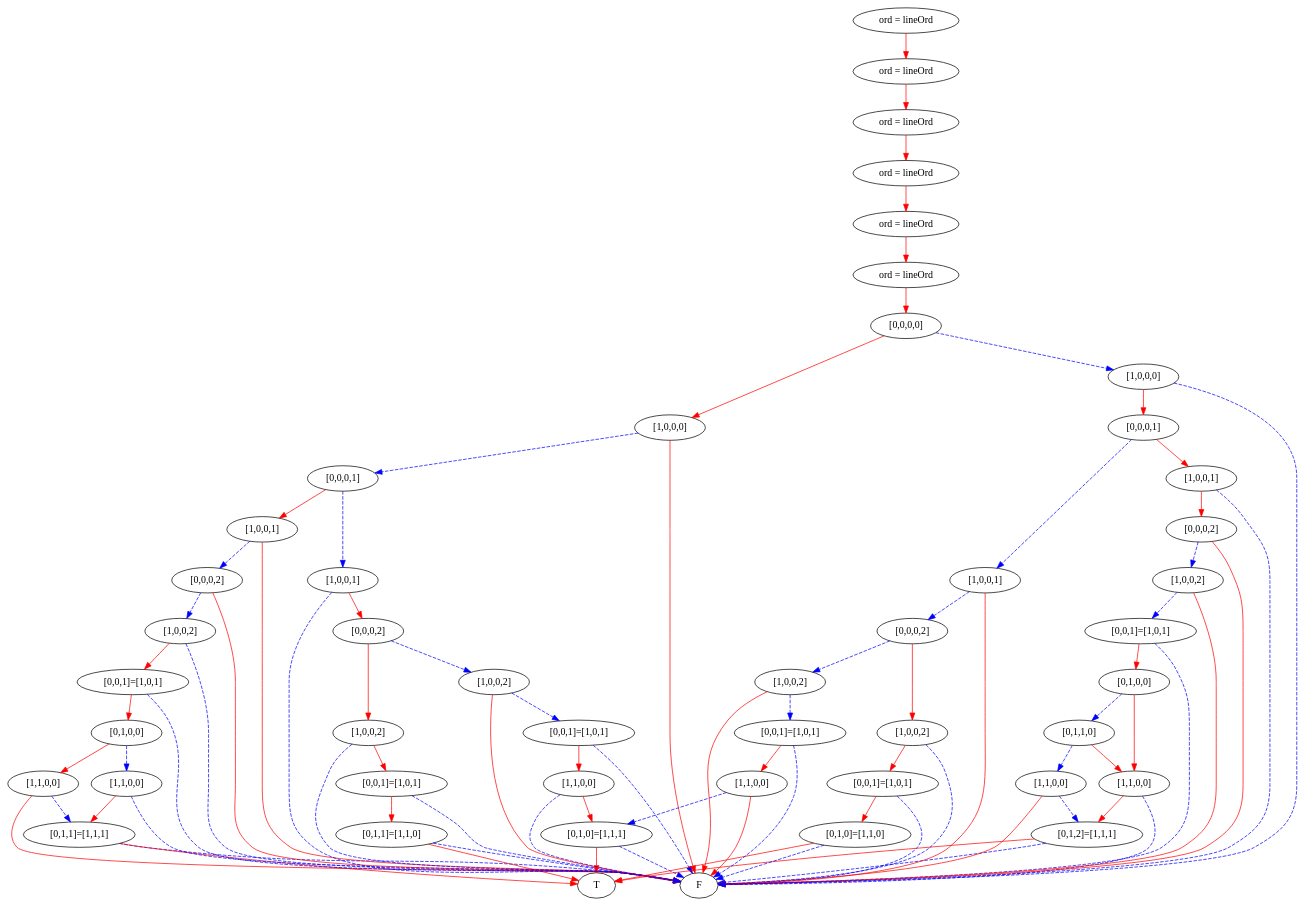
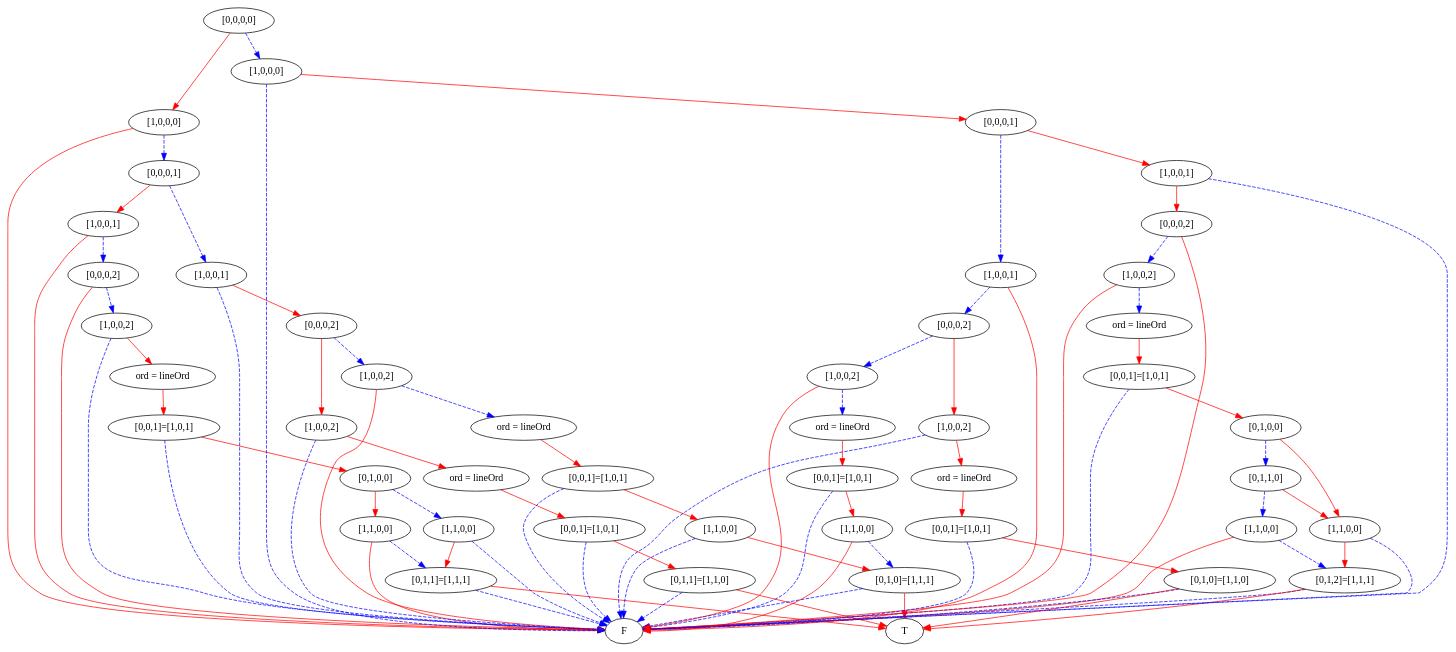
One commit to mburyakov/minxmod changed the diagram in simpleProgram1.dot. Above: the diagram before and after it, drawn with Graphviz. The commit also changed 4 other files, not shown here.

```diff
--- a/simpleProgram1.dot
+++ b/simpleProgram1.dot
@@ -1,172 +1,172 @@
 digraph {
     1 [label=F];
     2 [label=T];
     3 [label="[0,1,1]=[1,1,1]"];
     4 [label="[1,1,0,0]"];
     5 [label="[1,1,0,0]"];
     6 [label="[0,1,0,0]"];
     7 [label="[0,0,1]=[1,0,1]"];
-    8 [label="[1,0,0,2]"];
-    9 [label="[0,0,0,2]"];
-    10 [label="[1,0,0,1]"];
-    11 [label="[0,1,1]=[1,1,0]"];
-    12 [label="[0,0,1]=[1,0,1]"];
-    13 [label="[1,0,0,2]"];
-    14 [label="[0,1,0]=[1,1,1]"];
-    15 [label="[1,1,0,0]"];
-    16 [label="[0,0,1]=[1,0,1]"];
-    17 [label="[1,0,0,2]"];
-    18 [label="[0,0,0,2]"];
-    19 [label="[1,0,0,1]"];
-    20 [label="[0,0,0,1]"];
-    21 [label="[1,0,0,0]"];
-    22 [label="[0,1,2]=[1,1,1]"];
-    23 [label="[1,1,0,0]"];
-    24 [label="[1,1,0,0]"];
-    25 [label="[0,1,1,0]"];
-    26 [label="[0,1,0,0]"];
-    27 [label="[0,0,1]=[1,0,1]"];
-    28 [label="[1,0,0,2]"];
-    29 [label="[0,0,0,2]"];
-    30 [label="[1,0,0,1]"];
-    31 [label="[0,1,0]=[1,1,0]"];
-    32 [label="[0,0,1]=[1,0,1]"];
-    33 [label="[1,0,0,2]"];
-    34 [label="[1,1,0,0]"];
-    35 [label="[0,0,1]=[1,0,1]"];
-    36 [label="[1,0,0,2]"];
-    37 [label="[0,0,0,2]"];
-    38 [label="[1,0,0,1]"];
-    39 [label="[0,0,0,1]"];
-    40 [label="[1,0,0,0]"];
-    41 [label="[0,0,0,0]"];
-    42 [label="ord = lineOrd"];
-    43 [label="ord = lineOrd"];
-    44 [label="ord = lineOrd"];
-    45 [label="ord = lineOrd"];
-    46 [label="ord = lineOrd"];
-    47 [label="ord = lineOrd"];
+    8 [label="ord = lineOrd"];
+    9 [label="[1,0,0,2]"];
+    10 [label="[0,0,0,2]"];
+    11 [label="[1,0,0,1]"];
+    12 [label="[0,1,1]=[1,1,0]"];
+    13 [label="[0,0,1]=[1,0,1]"];
+    14 [label="ord = lineOrd"];
+    15 [label="[1,0,0,2]"];
+    16 [label="[0,1,0]=[1,1,1]"];
+    17 [label="[1,1,0,0]"];
+    18 [label="[0,0,1]=[1,0,1]"];
+    19 [label="ord = lineOrd"];
+    20 [label="[1,0,0,2]"];
+    21 [label="[0,0,0,2]"];
+    22 [label="[1,0,0,1]"];
+    23 [label="[0,0,0,1]"];
+    24 [label="[1,0,0,0]"];
+    25 [label="[0,1,2]=[1,1,1]"];
+    26 [label="[1,1,0,0]"];
+    27 [label="[1,1,0,0]"];
+    28 [label="[0,1,1,0]"];
+    29 [label="[0,1,0,0]"];
+    30 [label="[0,0,1]=[1,0,1]"];
+    31 [label="ord = lineOrd"];
+    32 [label="[1,0,0,2]"];
+    33 [label="[0,0,0,2]"];
+    34 [label="[1,0,0,1]"];
+    35 [label="[0,1,0]=[1,1,0]"];
+    36 [label="[0,0,1]=[1,0,1]"];
+    37 [label="ord = lineOrd"];
+    38 [label="[1,0,0,2]"];
+    39 [label="[1,1,0,0]"];
+    40 [label="[0,0,1]=[1,0,1]"];
+    41 [label="ord = lineOrd"];
+    42 [label="[1,0,0,2]"];
+    43 [label="[0,0,0,2]"];
+    44 [label="[1,0,0,1]"];
+    45 [label="[0,0,0,1]"];
+    46 [label="[1,0,0,0]"];
+    47 [label="[0,0,0,0]"];
     3 -> 1 [style=dashed
            ,color=blue];
     3 -> 2 [color=red];
     4 -> 3 [style=dashed
            ,color=blue];
     4 -> 1 [color=red];
     5 -> 3 [color=red];
     5 -> 1 [style=dashed
            ,color=blue];
     6 -> 4 [color=red];
     6 -> 5 [style=dashed
            ,color=blue];
     7 -> 6 [color=red];
     7 -> 1 [style=dashed
            ,color=blue];
     8 -> 7 [color=red];
-    8 -> 1 [style=dashed
+    9 -> 8 [color=red];
+    9 -> 1 [style=dashed
            ,color=blue];
-    9 -> 8 [style=dashed
-           ,color=blue];
-    9 -> 1 [color=red];
     10 -> 9 [style=dashed
             ,color=blue];
     10 -> 1 [color=red];
-    11 -> 1 [style=dashed
-            ,color=blue];
-    11 -> 2 [color=red];
-    12 -> 11 [color=red];
+    11 -> 10 [style=dashed
+             ,color=blue];
+    11 -> 1 [color=red];
     12 -> 1 [style=dashed
             ,color=blue];
+    12 -> 2 [color=red];
     13 -> 12 [color=red];
     13 -> 1 [style=dashed
             ,color=blue];
-    14 -> 1 [style=dashed
-            ,color=blue];
-    14 -> 2 [color=red];
+    14 -> 13 [color=red];
     15 -> 14 [color=red];
     15 -> 1 [style=dashed
             ,color=blue];
-    16 -> 15 [color=red];
     16 -> 1 [style=dashed
             ,color=blue];
-    17 -> 16 [style=dashed
-             ,color=blue];
-    17 -> 1 [color=red];
-    18 -> 13 [color=red];
-    18 -> 17 [style=dashed
-             ,color=blue];
+    16 -> 2 [color=red];
+    17 -> 16 [color=red];
+    17 -> 1 [style=dashed
+            ,color=blue];
+    18 -> 17 [color=red];
+    18 -> 1 [style=dashed
+            ,color=blue];
     19 -> 18 [color=red];
-    19 -> 1 [style=dashed
-            ,color=blue];
-    20 -> 10 [color=red];
     20 -> 19 [style=dashed
              ,color=blue];
+    20 -> 1 [color=red];
+    21 -> 15 [color=red];
     21 -> 20 [style=dashed
              ,color=blue];
-    21 -> 1 [color=red];
+    22 -> 21 [color=red];
     22 -> 1 [style=dashed
             ,color=blue];
-    22 -> 2 [color=red];
-    23 -> 22 [color=red];
-    23 -> 1 [style=dashed
-            ,color=blue];
-    24 -> 22 [style=dashed
+    23 -> 11 [color=red];
+    23 -> 22 [style=dashed
+             ,color=blue];
+    24 -> 23 [style=dashed
              ,color=blue];
     24 -> 1 [color=red];
-    25 -> 23 [color=red];
-    25 -> 24 [style=dashed
+    25 -> 1 [style=dashed
+            ,color=blue];
+    25 -> 2 [color=red];
+    26 -> 25 [color=red];
+    26 -> 1 [style=dashed
+            ,color=blue];
+    27 -> 25 [style=dashed
              ,color=blue];
-    26 -> 23 [color=red];
-    26 -> 25 [style=dashed
-             ,color=blue];
-    27 -> 26 [color=red];
-    27 -> 1 [style=dashed
-            ,color=blue];
+    27 -> 1 [color=red];
+    28 -> 26 [color=red];
     28 -> 27 [style=dashed
              ,color=blue];
-    28 -> 1 [color=red];
+    29 -> 26 [color=red];
     29 -> 28 [style=dashed
              ,color=blue];
-    29 -> 1 [color=red];
     30 -> 29 [color=red];
     30 -> 1 [style=dashed
             ,color=blue];
-    31 -> 1 [style=dashed
+    31 -> 30 [color=red];
+    32 -> 31 [style=dashed
+             ,color=blue];
+    32 -> 1 [color=red];
+    33 -> 32 [style=dashed
+             ,color=blue];
+    33 -> 1 [color=red];
+    34 -> 33 [color=red];
+    34 -> 1 [style=dashed
             ,color=blue];
-    31 -> 2 [color=red];
-    32 -> 31 [color=red];
-    32 -> 1 [style=dashed
-            ,color=blue];
-    33 -> 32 [color=red];
-    33 -> 1 [style=dashed
-            ,color=blue];
-    34 -> 14 [style=dashed
-             ,color=blue];
-    34 -> 1 [color=red];
-    35 -> 34 [color=red];
     35 -> 1 [style=dashed
             ,color=blue];
-    36 -> 35 [style=dashed
+    35 -> 2 [color=red];
+    36 -> 35 [color=red];
+    36 -> 1 [style=dashed
+            ,color=blue];
+    37 -> 36 [color=red];
+    38 -> 37 [color=red];
+    38 -> 1 [style=dashed
+            ,color=blue];
+    39 -> 16 [style=dashed
              ,color=blue];
-    36 -> 1 [color=red];
-    37 -> 33 [color=red];
-    37 -> 36 [style=dashed
-             ,color=blue];
-    38 -> 37 [style=dashed
-             ,color=blue];
-    38 -> 1 [color=red];
-    39 -> 30 [color=red];
-    39 -> 38 [style=dashed
-             ,color=blue];
+    39 -> 1 [color=red];
     40 -> 39 [color=red];
     40 -> 1 [style=dashed
             ,color=blue];
-    41 -> 21 [color=red];
-    41 -> 40 [style=dashed
+    41 -> 40 [color=red];
+    42 -> 41 [style=dashed
              ,color=blue];
-    42 -> 41 [color=red];
-    43 -> 42 [color=red];
-    44 -> 43 [color=red];
-    45 -> 44 [color=red];
+    42 -> 1 [color=red];
+    43 -> 38 [color=red];
+    43 -> 42 [style=dashed
+             ,color=blue];
+    44 -> 43 [style=dashed
+             ,color=blue];
+    44 -> 1 [color=red];
+    45 -> 34 [color=red];
+    45 -> 44 [style=dashed
+             ,color=blue];
     46 -> 45 [color=red];
-    47 -> 46 [color=red];
+    46 -> 1 [style=dashed
+            ,color=blue];
+    47 -> 24 [color=red];
+    47 -> 46 [style=dashed
+             ,color=blue];
 }
```
